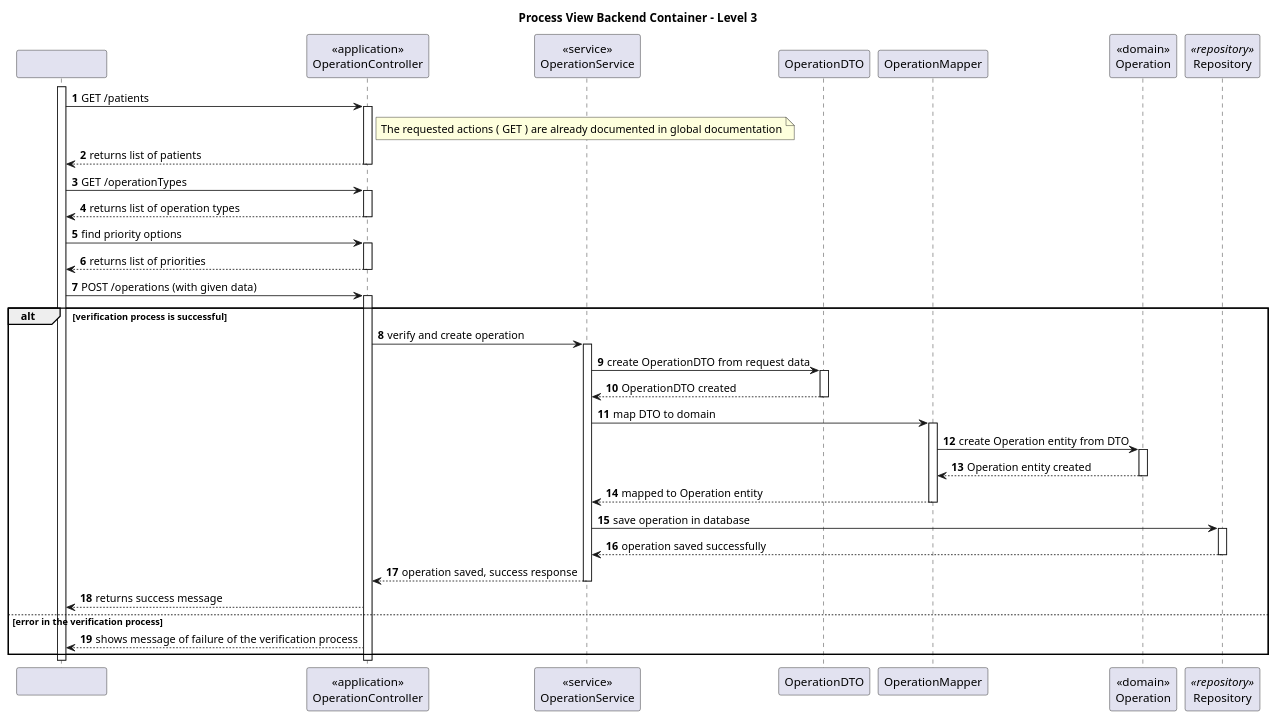
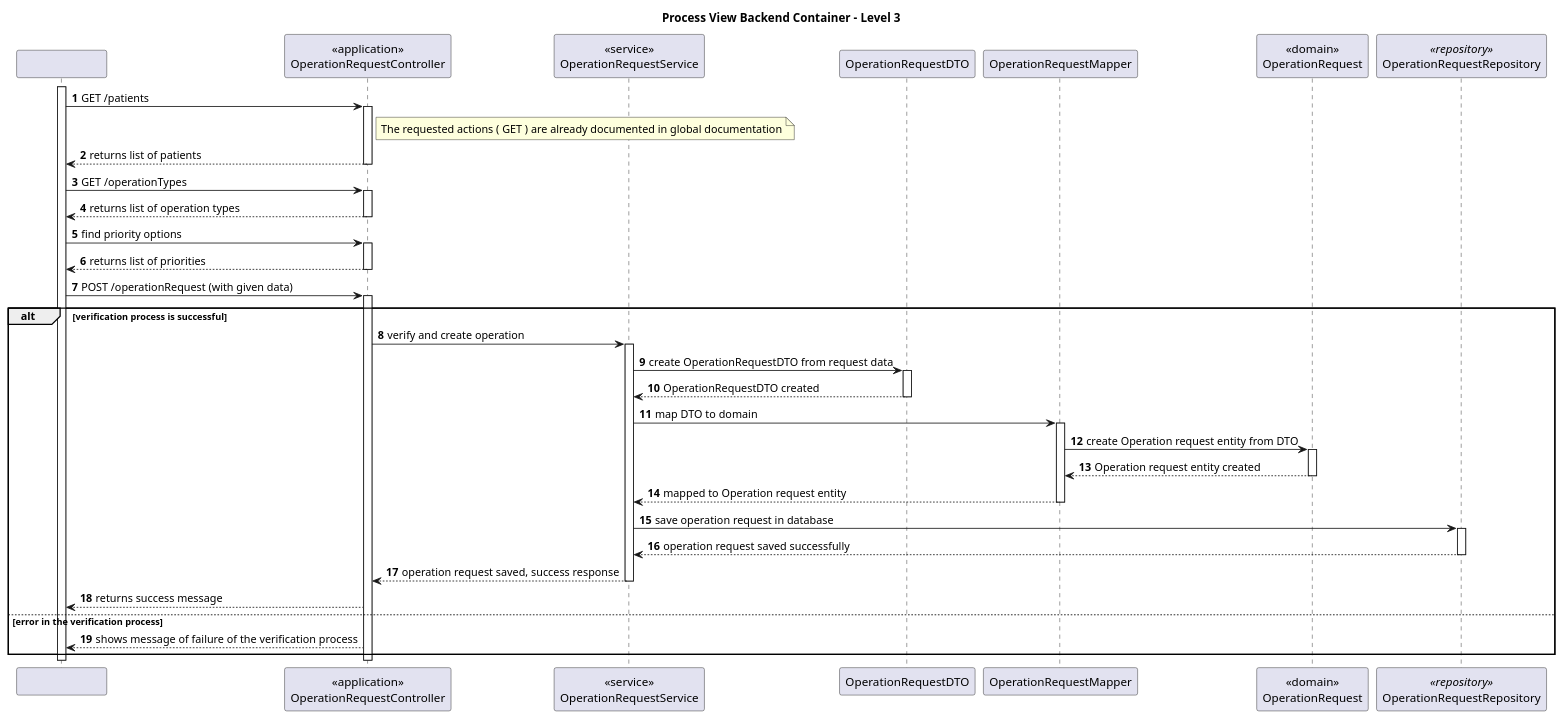
Before and after one commit to Saquinho74/LAPR5: the diagram in Docs/SprintA/US16/level3/process_view2.puml, drawn with PlantUML. The commit also changed 3 other files, not shown here.

Commit message:
#16 Operation request documentation updated with correct names

```diff
--- a/Docs/SprintA/US16/level3/process_view2.puml
+++ b/Docs/SprintA/US16/level3/process_view2.puml
@@ -1,84 +1,84 @@
 @startuml
 autonumber
 participant "                          " as sys
-participant "<<application>>\nOperationController" as ctrl
-participant "<<service>>\nOperationService" as serv
-participant "OperationDTO" as dto
-participant "OperationMapper" as map
-participant "<<domain>>\nOperation" as operation
-participant "Repository" as repo <<repository>>
+participant "<<application>>\nOperationRequestController" as ctrl
+participant "<<service>>\nOperationRequestService" as serv
+participant "OperationRequestDTO" as dto
+participant "OperationRequestMapper" as map
+participant "<<domain>>\nOperationRequest" as operation
+participant "OperationRequestRepository" as repo <<repository>>
 
 title Process View Backend Container - Level 3
 
 
 activate sys
 
 sys -> ctrl : GET /patients
 
 note right of ctrl
   The requested actions ( GET ) are already documented in global documentation
 end note
 
 activate ctrl
 ctrl --> sys : returns list of patients
 deactivate ctrl
 
 
 sys -> ctrl : GET /operationTypes
 
 
 
 
 
 
 
 
 activate ctrl
 
 
 ctrl --> sys : returns list of operation types
 deactivate ctrl
 
 sys -> ctrl : find priority options
 activate ctrl
 ctrl --> sys : returns list of priorities
 deactivate ctrl
 
-sys -> ctrl : POST /operations (with given data)
+sys -> ctrl : POST /operationRequest (with given data)
 activate ctrl
 
 alt verification process is successful
   ctrl -> serv : verify and create operation
   activate serv
 
-  serv -> dto : create OperationDTO from request data
+  serv -> dto : create OperationRequestDTO from request data
   activate dto
-  dto --> serv : OperationDTO created
+  dto --> serv : OperationRequestDTO created
   deactivate dto
 
   serv -> map : map DTO to domain
   activate map
-  map -> operation : create Operation entity from DTO
+  map -> operation : create Operation request entity from DTO
   activate operation
-  operation --> map : Operation entity created
+  operation --> map : Operation request entity created
   deactivate operation
-  map --> serv : mapped to Operation entity
+  map --> serv : mapped to Operation request entity
   deactivate map
 
-  serv -> repo : save operation in database
+  serv -> repo : save operation request in database
   activate repo
-  repo --> serv : operation saved successfully
+  repo --> serv : operation request saved successfully
   deactivate repo
 
-  serv --> ctrl : operation saved, success response
+  serv --> ctrl : operation request saved, success response
   deactivate serv
 
   ctrl --> sys : returns success message
 else error in the verification process
   ctrl --> sys : shows message of failure of the verification process
 end
 
 deactivate ctrl
 deactivate sys
 
 @enduml
```
